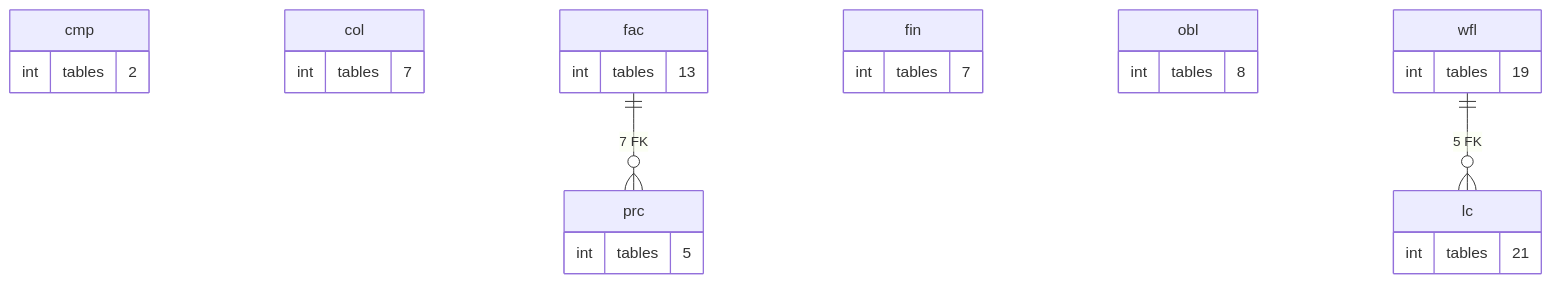
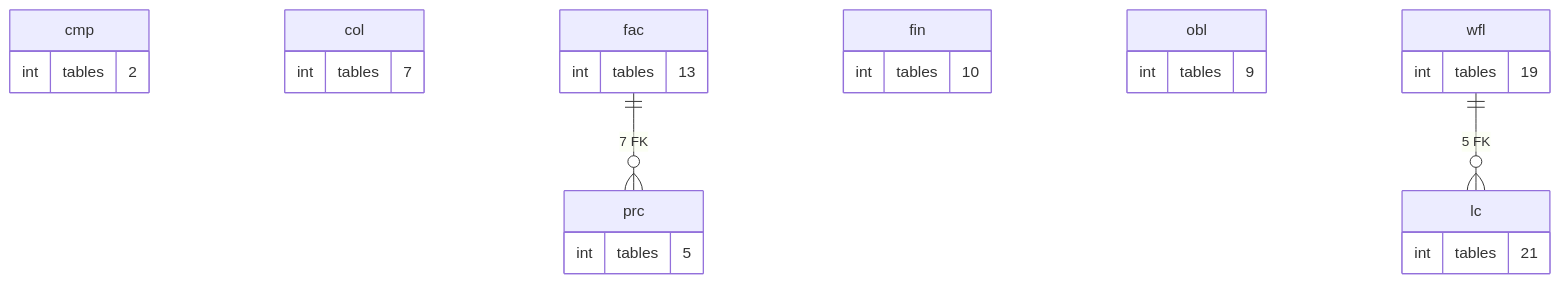
Before and after one commit to thawrasy/smartlines: the diagram in treasury-platform/docs/diagrams/erd/schema_map_2.mmd, drawn with Mermaid. The commit also changed 34 other files, not shown here.

First line of the commit message:
Design documents read their numbers from the DDL; module diagrams redrawn

```diff
--- a/treasury-platform/docs/diagrams/erd/schema_map_2.mmd
+++ b/treasury-platform/docs/diagrams/erd/schema_map_2.mmd
@@ -1,28 +1,28 @@
 %% التسهيلات والعمليات: التسعير والضمانات والالتزامات والبيانات المالية والطلبات والاعتمادات: العلاقة = عدد المفاتيح الأجنبية بين المخططين (≥ 5)
 erDiagram
   cmp {
     int tables "2"
   }
   col {
     int tables "7"
   }
   fac {
     int tables "13"
   }
   fin {
-    int tables "7"
+    int tables "10"
   }
   lc {
     int tables "21"
   }
   obl {
-    int tables "8"
+    int tables "9"
   }
   prc {
     int tables "5"
   }
   wfl {
     int tables "19"
   }
   fac ||--o{ prc : "7 FK"
   wfl ||--o{ lc : "5 FK"
```
